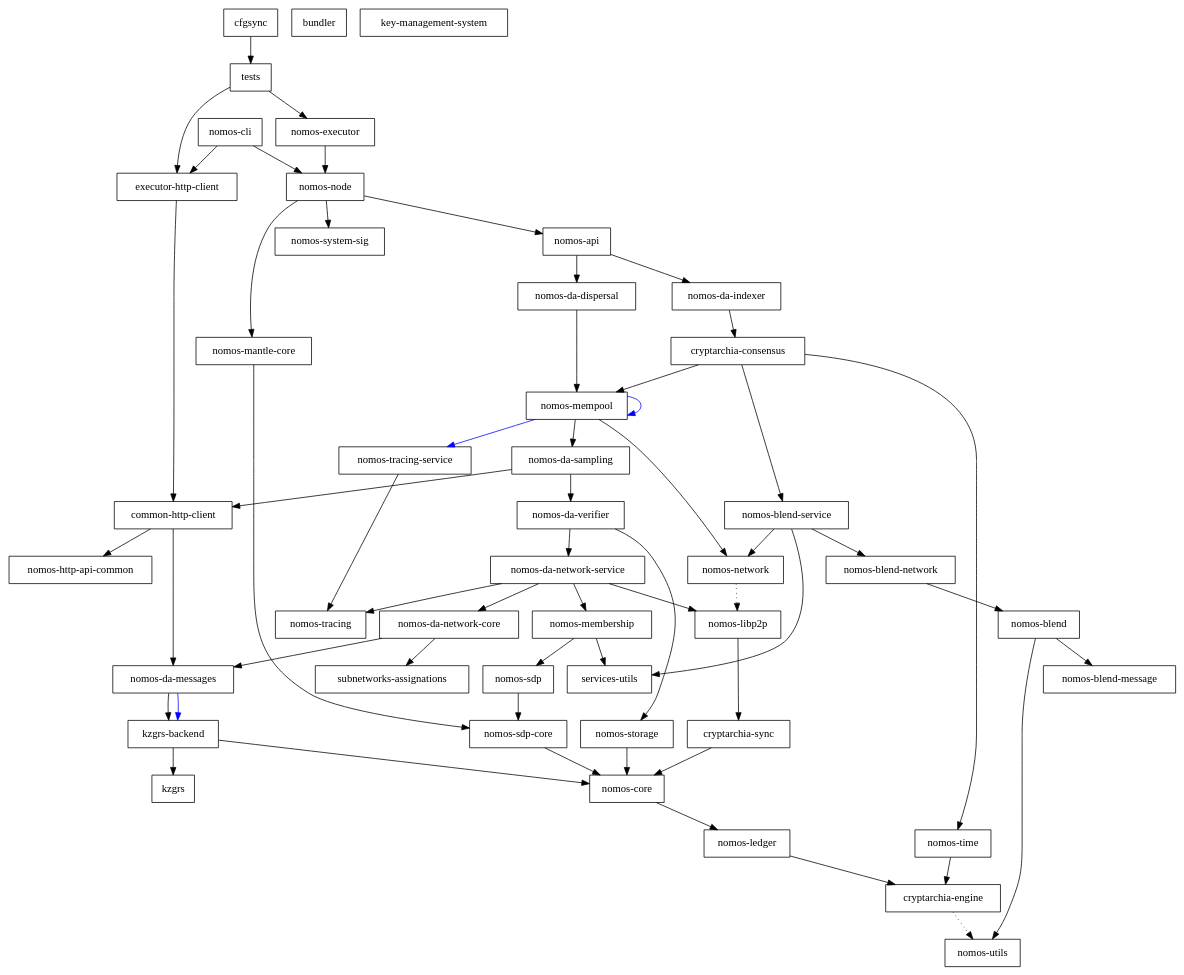
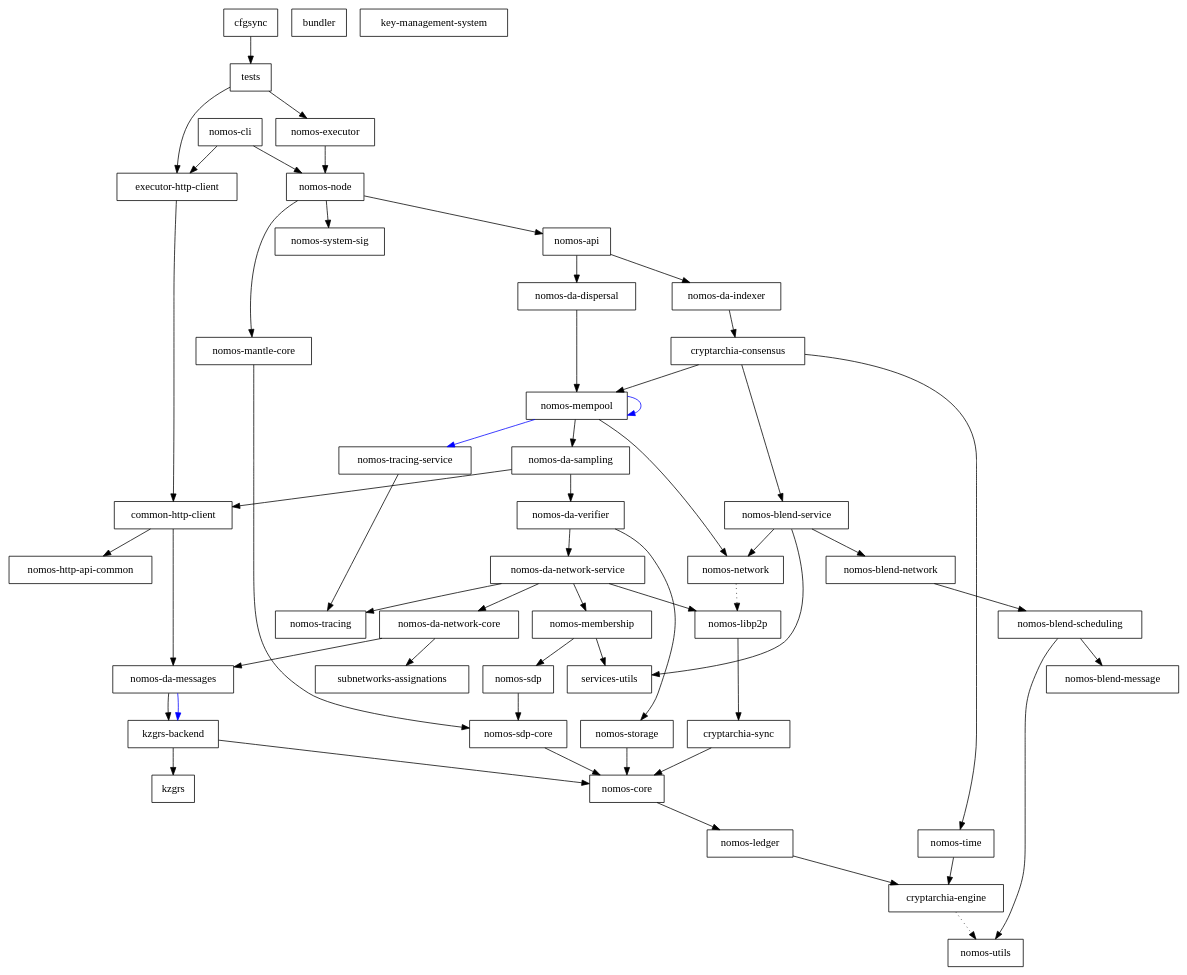
The diagram in dependencies_graph.dot (Astro521/logos-blockchain), drawn with Graphviz before and after one commit.

Commit message:
Update dependency graph

```diff
--- a/dependencies_graph.dot
+++ b/dependencies_graph.dot
@@ -1,103 +1,103 @@
 digraph {
     0 [ label = "cryptarchia-engine" shape = box]
     1 [ label = "nomos-utils" shape = box]
     2 [ label = "cryptarchia-sync" shape = box]
     3 [ label = "nomos-core" shape = box]
     4 [ label = "nomos-ledger" shape = box]
     5 [ label = "nomos-http-api-common" shape = box]
     6 [ label = "nomos-executor" shape = box]
     7 [ label = "kzgrs-backend" shape = box]
     8 [ label = "kzgrs" shape = box]
     9 [ label = "nomos-api" shape = box]
     10 [ label = "cryptarchia-consensus" shape = box]
     11 [ label = "nomos-blend-service" shape = box]
-    12 [ label = "nomos-blend" shape = box]
-    13 [ label = "nomos-blend-message" shape = box]
-    14 [ label = "nomos-blend-network" shape = box]
+    12 [ label = "nomos-blend-message" shape = box]
+    13 [ label = "nomos-blend-network" shape = box]
+    14 [ label = "nomos-blend-scheduling" shape = box]
     15 [ label = "nomos-libp2p" shape = box]
     16 [ label = "nomos-network" shape = box]
     17 [ label = "services-utils" shape = box]
     18 [ label = "nomos-da-sampling" shape = box]
     19 [ label = "common-http-client" shape = box]
     20 [ label = "nomos-da-messages" shape = box]
     21 [ label = "nomos-da-network-core" shape = box]
     22 [ label = "subnetworks-assignations" shape = box]
     23 [ label = "nomos-da-network-service" shape = box]
     24 [ label = "nomos-membership" shape = box]
     25 [ label = "nomos-sdp" shape = box]
     26 [ label = "nomos-sdp-core" shape = box]
     27 [ label = "nomos-tracing" shape = box]
     28 [ label = "nomos-da-verifier" shape = box]
     29 [ label = "nomos-storage" shape = box]
     30 [ label = "nomos-mempool" shape = box]
     31 [ label = "nomos-tracing-service" shape = box]
     32 [ label = "nomos-time" shape = box]
     33 [ label = "nomos-da-dispersal" shape = box]
     34 [ label = "nomos-da-indexer" shape = box]
     35 [ label = "nomos-mantle-core" shape = box]
     36 [ label = "nomos-node" shape = box]
     37 [ label = "nomos-system-sig" shape = box]
     38 [ label = "executor-http-client" shape = box]
     39 [ label = "bundler" shape = box]
     40 [ label = "nomos-cli" shape = box]
     41 [ label = "key-management-system" shape = box]
     42 [ label = "cfgsync" shape = box]
     43 [ label = "tests" shape = box]
     0 -> 1 [ style = dotted]
     2 -> 3 [ ]
     3 -> 4 [ ]
     4 -> 0 [ ]
     6 -> 36 [ ]
     7 -> 8 [ ]
     7 -> 3 [ ]
     9 -> 33 [ ]
     9 -> 34 [ ]
     10 -> 11 [ ]
     10 -> 30 [ ]
     10 -> 32 [ ]
-    11 -> 14 [ ]
+    11 -> 13 [ ]
     11 -> 16 [ ]
     11 -> 17 [ ]
-    12 -> 13 [ ]
-    12 -> 1 [ ]
+    13 -> 14 [ ]
     14 -> 12 [ ]
+    14 -> 1 [ ]
     15 -> 2 [ ]
     16 -> 15 [ style = dotted]
     18 -> 19 [ ]
     18 -> 28 [ ]
     19 -> 20 [ ]
     19 -> 5 [ ]
     20 -> 7 [ ]
     20 -> 7 [ color = blue]
     21 -> 20 [ ]
     21 -> 22 [ ]
     23 -> 21 [ ]
     23 -> 15 [ ]
     23 -> 24 [ ]
     23 -> 27 [ ]
     24 -> 25 [ ]
     24 -> 17 [ ]
     25 -> 26 [ ]
     26 -> 3 [ ]
     28 -> 23 [ ]
     28 -> 29 [ ]
     29 -> 3 [ ]
     30 -> 18 [ ]
     30 -> 30 [ color = blue]
     30 -> 16 [ ]
     30 -> 31 [ color = blue]
     31 -> 27 [ ]
     32 -> 0 [ ]
     33 -> 30 [ ]
     34 -> 10 [ ]
     35 -> 26 [ ]
     36 -> 9 [ ]
     36 -> 35 [ ]
     36 -> 37 [ ]
     38 -> 19 [ ]
     40 -> 38 [ ]
     40 -> 36 [ ]
     42 -> 43 [ ]
     43 -> 38 [ ]
     43 -> 6 [ ]
 }
```
